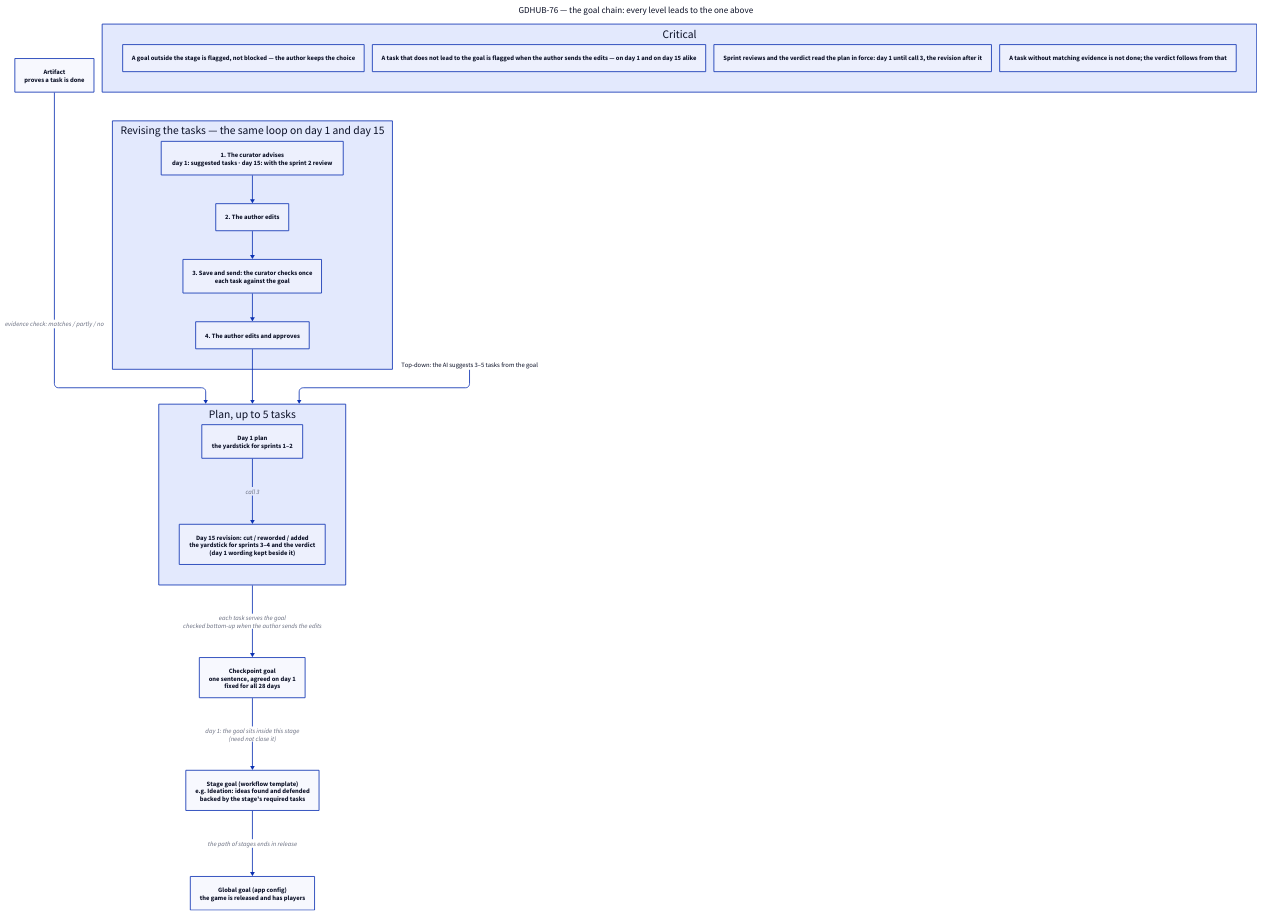
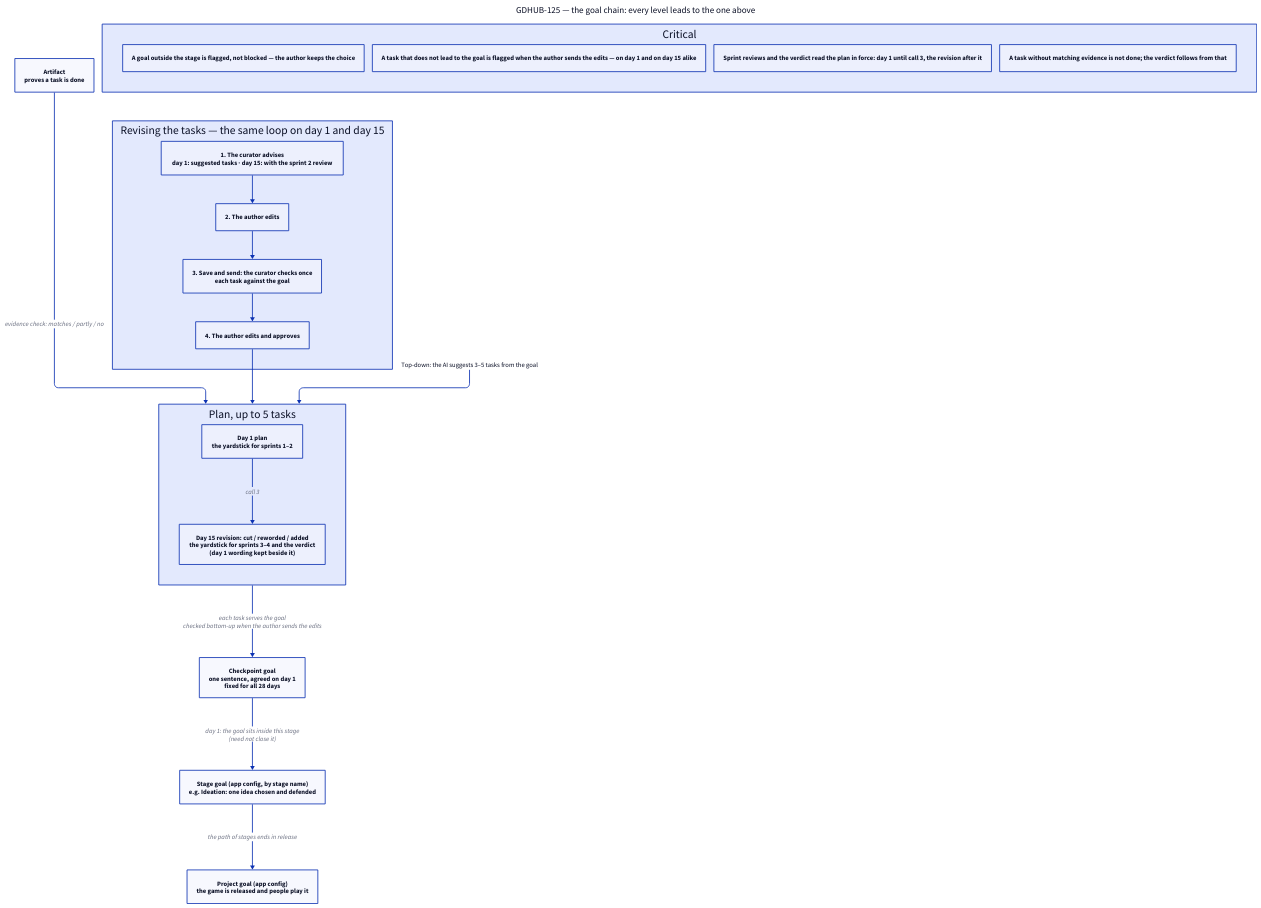
Before and after one commit to gdhub-io/gdhub: the diagram in docs/checkpoints-goal-chain-flow.d2, drawn with D2. The commit also changed 2 other files, not shown here.

Commit message:
docs(intent): GDHUB-125 the goal chain — project, stage, checkpoint goal, plan

```diff
--- a/docs/checkpoints-goal-chain-flow.d2
+++ b/docs/checkpoints-goal-chain-flow.d2
@@ -1,51 +1,51 @@
 vars: {
   d2-config: {
     layout-engine: elk
   }
 }
 
 direction: down
 
-title: "GDHUB-76 — the goal chain: every level leads to the one above" {
+title: "GDHUB-125 — the goal chain: every level leads to the one above" {
   shape: text
   near: top-center
   style.font-size: 22
 }
 
-global: "Global goal (app config)\nthe game is released and has players"
+global: "Project goal (app config)\nthe game is released and people play it"
 
-stage: "Stage goal (workflow template)\ne.g. Ideation: ideas found and defended\nbacked by the stage's required tasks"
+stage: "Stage goal (app config, by stage name)\ne.g. Ideation: one idea chosen and defended"
 
 goal: "Checkpoint goal\none sentence, agreed on day 1\nfixed for all 28 days"
 
 plan: "Plan, up to 5 tasks" {
   day1: "Day 1 plan\nthe yardstick for sprints 1–2"
   day15: "Day 15 revision: cut / reworded / added\nthe yardstick for sprints 3–4 and the verdict\n(day 1 wording kept beside it)"
   day1 -> day15: "call 3"
 }
 
 revise: "Revising the tasks — the same loop on day 1 and day 15" {
   advise: "1. The curator advises\nday 1: suggested tasks · day 15: with the sprint 2 review"
   edit1: "2. The author edits"
   check: "3. Save and send: the curator checks once\neach task against the goal"
   edit2: "4. The author edits and approves"
   advise -> edit1 -> check -> edit2
 }
 revise.edit2 -> plan
 
 artifact: "Artifact\nproves a task is done"
 
 stage -> global: "the path of stages ends in release"
 goal -> stage: "day 1: the goal sits inside this stage\n(need not close it)"
 plan -> goal: "each task serves the goal\nchecked bottom-up when the author sends the edits"
 artifact -> plan: "evidence check: matches / partly / no"
 
 down: "Top-down: the AI suggests 3–5 tasks from the goal" {shape: text}
 down -> plan
 
 critical: "Critical" {
   a: "A goal outside the stage is flagged, not blocked — the author keeps the choice"
   b: "A task that does not lead to the goal is flagged when the author sends the edits — on day 1 and on day 15 alike"
   d: "Sprint reviews and the verdict read the plan in force: day 1 until call 3, the revision after it"
   c: "A task without matching evidence is not done; the verdict follows from that"
 }
```
